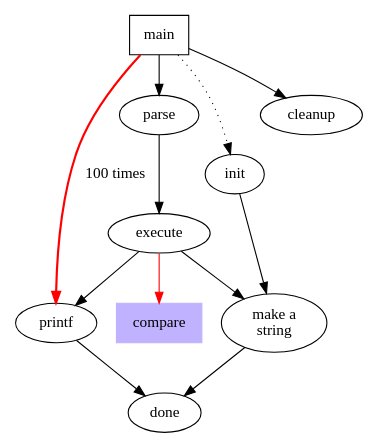
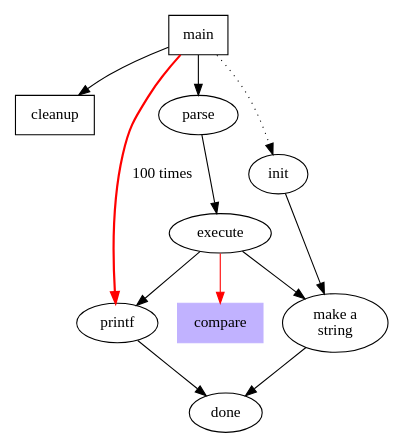
Before and after one commit to QiuMP/qiump.github.io: the second of 6 diagrams in blog/2016-05-31-使用dot语言和graphviz绘图.org, drawn with Graphviz. The commit also changed 14 other files, not shown here.

```diff
--- a/blog/2016-05-31-使用dot语言和graphviz绘图.org
+++ b/blog/2016-05-31-使用dot语言和graphviz绘图.org
@@ -39,17 +39,17 @@
 #+begin_src dot :file dot_2.png :cmdline -Tpng :exports code :results silent
   digraph G {
       size = "4,4"  // 设置图片尺寸（英寸）
-      main [shape=box]  // 设置形状
+      main,cleanup [shape=box]  // 设置多个结点的形状
       main -> parse [weight=4]  // 设置权值，让main优先对齐这个
       parse -> execute
       main -> init [style=dotted]  // 线条类型
       main -> cleanup
       execute -> { make_string; printf } -> done  // 指定连接多个点
       init -> make_string
       edge [color=red]  // 设置接下来的默认边属性
       main -> printf [style=bold, label="100 times"]  // label设置边的显示内容
       make_string [label="make a\nstring"]  // 设置节点的显示内容
       node [shape=box, style=filled, color=".7 .3 1.0"]  // 设置接下来的默认结点属性
       execute -> compare
   }
 #+end_src
```
